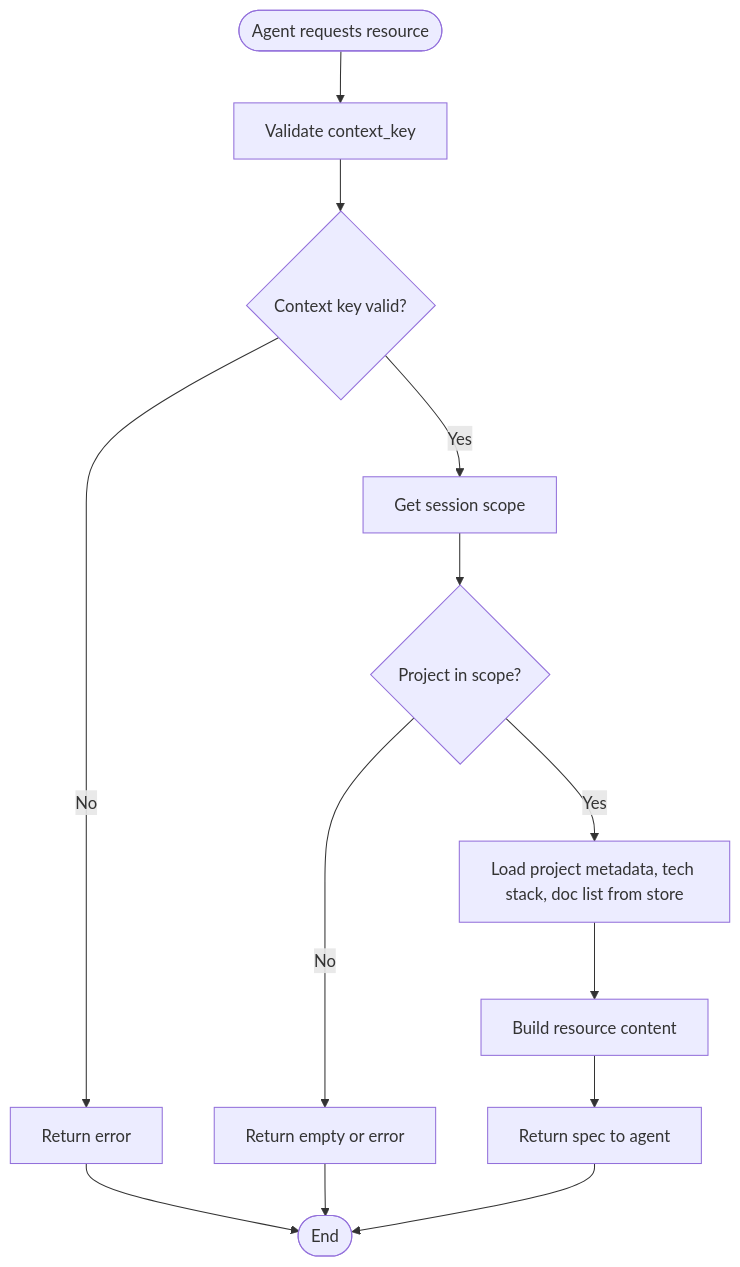
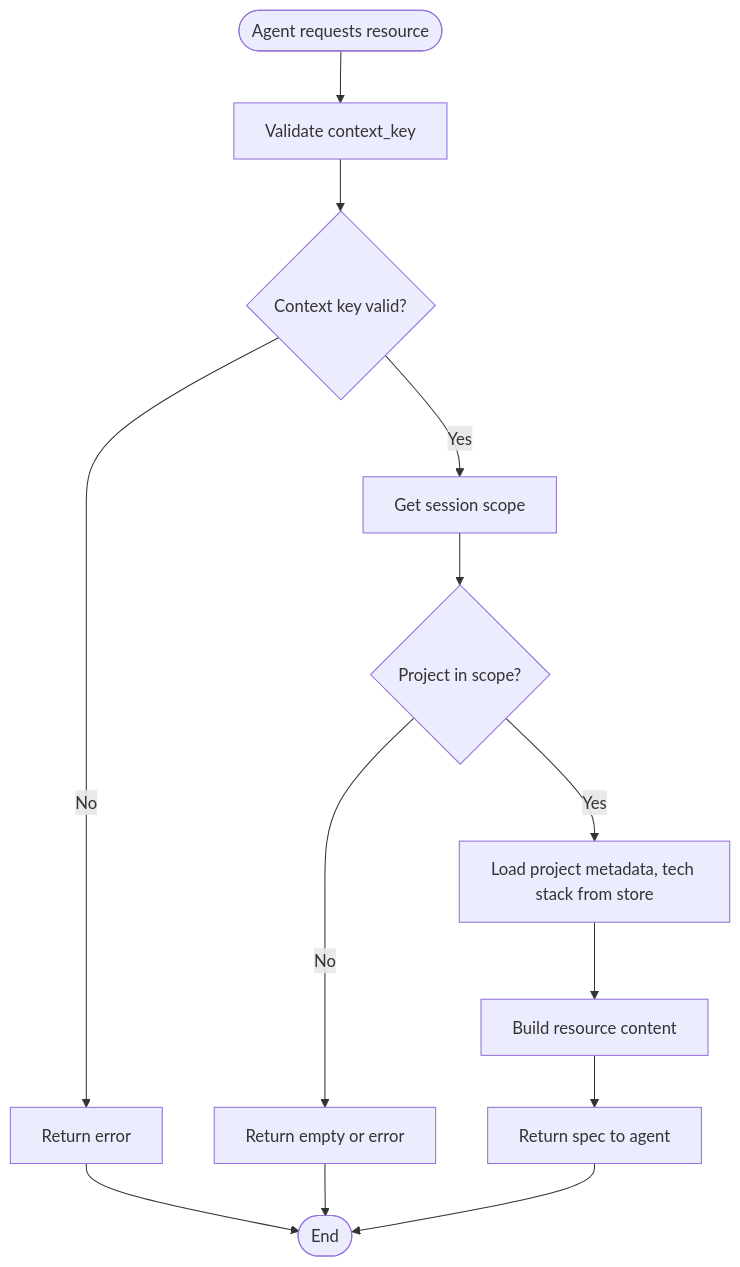
One commit to sharpninja/project-mcp changed diagram 25 of 30 in docs/10-mcp-endpoint-diagrams.md. Above: the diagram before and after it, drawn with Mermaid. The commit also changed other lines of this file and 19 other files, not shown here.

````diff
--- a/docs/10-mcp-endpoint-diagrams.md
+++ b/docs/10-mcp-endpoint-diagrams.md
@@ -635,15 +524,15 @@
 ```mermaid
 flowchart TB
   Start([Agent requests resource]) --> ValidateContext[Validate context_key]
   ValidateContext --> ContextOk{Context key valid?}
   ContextOk -->|No| ErrContext[Return error]
   ContextOk -->|Yes| GetScope[Get session scope]
   GetScope --> HasProject{Project in scope?}
   HasProject -->|No| ReturnEmpty[Return empty or error]
-  HasProject -->|Yes| Load[Load project metadata, tech stack, doc list from store]
+  HasProject -->|Yes| Load[Load project metadata, tech stack from store]
   Load --> Build[Build resource content]
   Build --> Return[Return spec to agent]
   Return --> End([End])
   ErrContext --> End
   ReturnEmpty --> End
 ```
````
